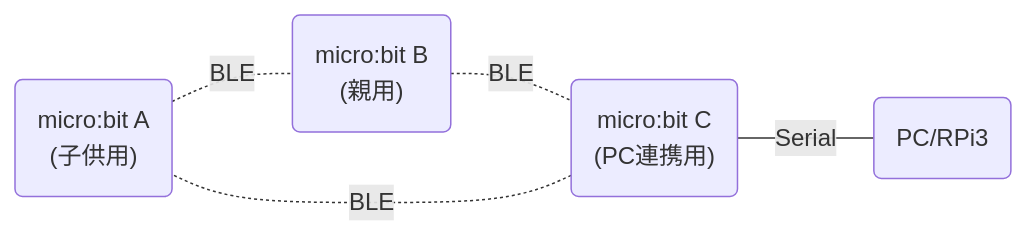
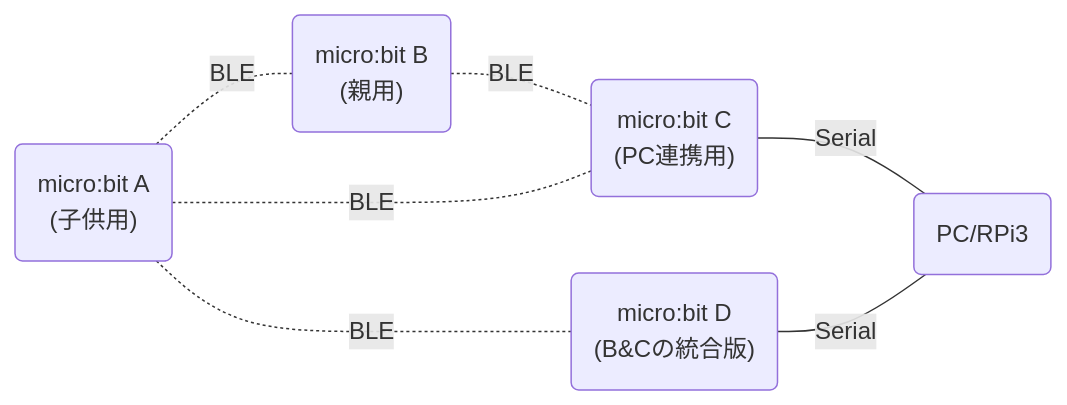
One commit to mkx76/microbit_prototype changed the second of 2 diagrams in nh2019_jo/doc/README.md. Above: the diagram before and after it, drawn with Mermaid.

Commit message:
microbitDパターンをREADMEに反映

````diff
--- a/nh2019_jo/doc/README.md
+++ b/nh2019_jo/doc/README.md
@@ -21,12 +21,15 @@
 ```mermaid
 graph LR
   MA("micro:bit A<br />(子供用)")
   MB("micro:bit B<br />(親用)")
   MC("micro:bit C<br />(PC連携用)")
+  MD("micro:bit D<br />(B&Cの統合版)")
   PC("PC/RPi3")
 
   MA-.-|BLE|MB
   MB-.-|BLE|MC
   MC-.-|BLE|MA
   MC---|Serial|PC
+  MA-.-|BLE|MD
+  MD---|Serial|PC
 ```
````
